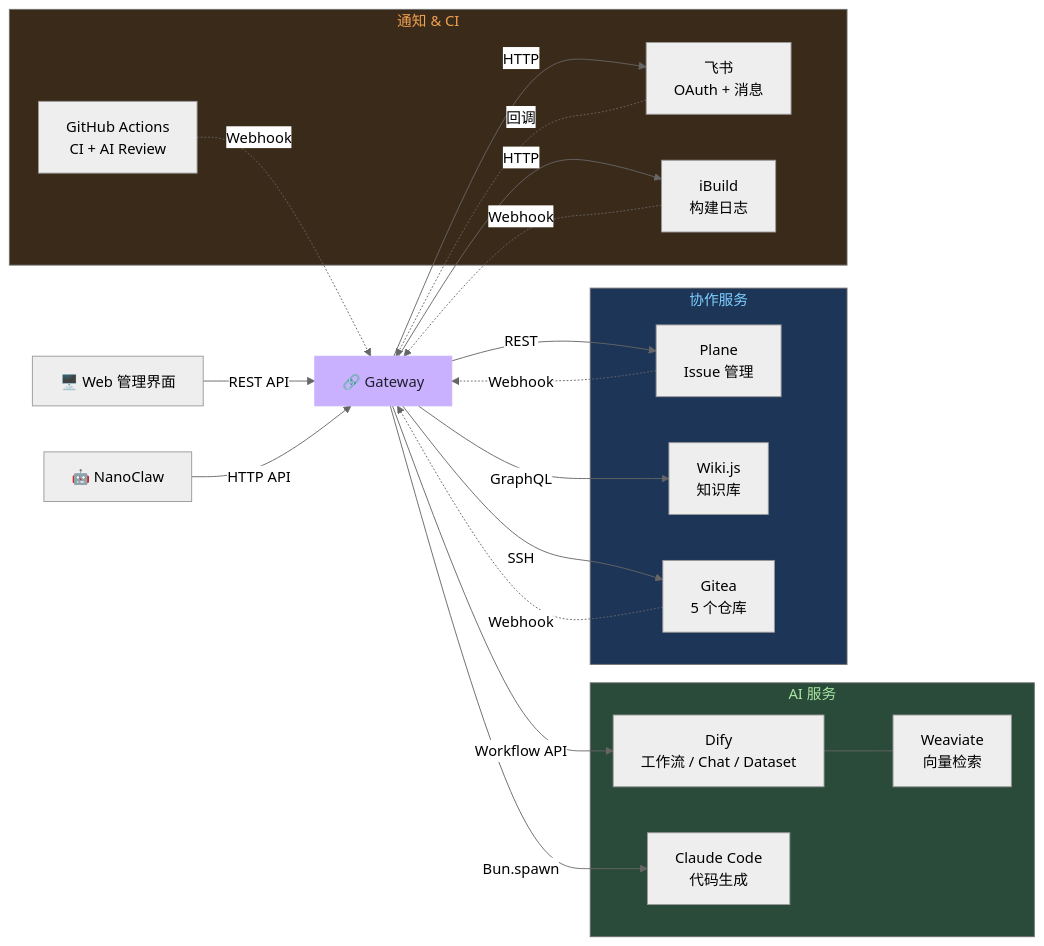
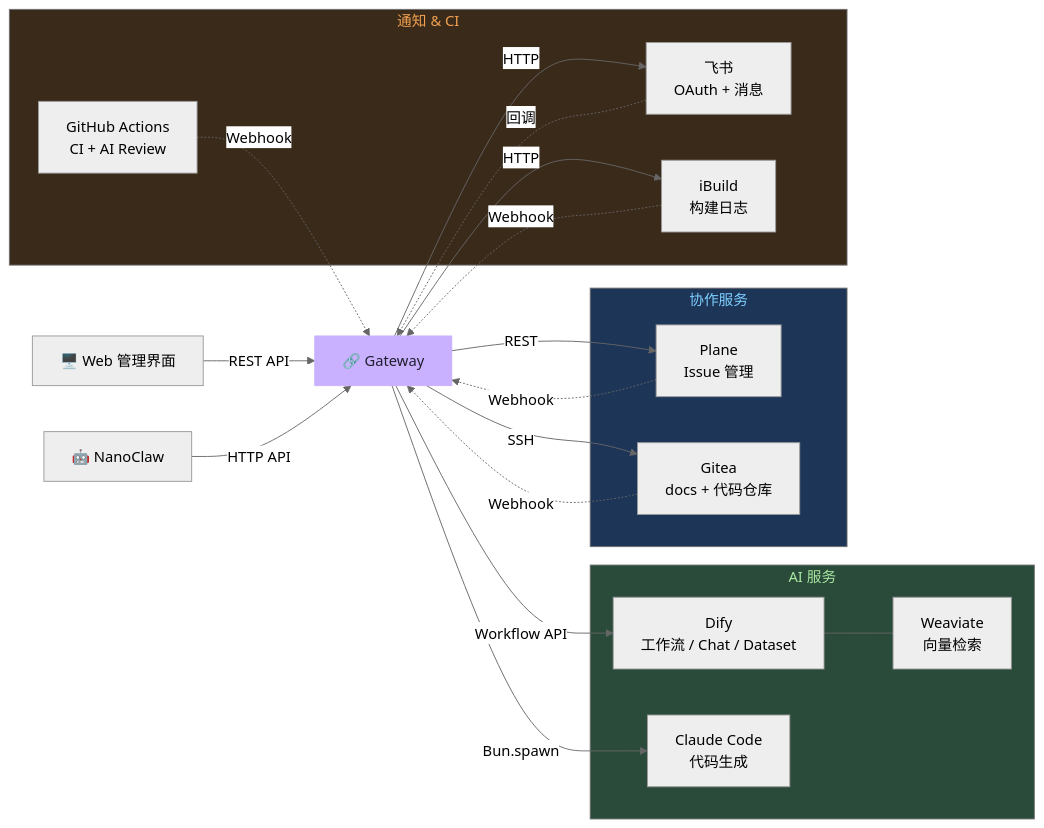
Before and after one commit to ssyamv/ArcFlow: the third of 3 diagrams in README.md, drawn with Mermaid (neutral theme). The commit also changed other lines of this file and 1 other file, not shown here.

````diff
--- a/README.md
+++ b/README.md
@@ -91,45 +91,43 @@
 ```mermaid
 graph LR
     Web["🖥️ Web 管理界面"]
     GW["🔗 Gateway"]
     NC["🤖 NanoClaw"]
 
     subgraph AI["AI 服务"]
         Dify["Dify<br/>工作流 / Chat / Dataset"]
         CC["Claude Code<br/>代码生成"]
         WV["Weaviate<br/>向量检索"]
     end
 
     subgraph Collab["协作服务"]
         Plane["Plane<br/>Issue 管理"]
-        Wiki["Wiki.js<br/>知识库"]
-        Git["Gitea<br/>5 个仓库"]
+        Git["Gitea<br/>docs + 代码仓库"]
     end
 
     subgraph Notify["通知 & CI"]
         FS["飞书<br/>OAuth + 消息"]
         GH["GitHub Actions<br/>CI + AI Review"]
         IB["iBuild<br/>构建日志"]
     end
 
     Web -->|"REST API"| GW
     NC -->|"HTTP API"| GW
     GW -->|"Workflow API"| Dify
     GW -->|"Bun.spawn"| CC
     GW -->|"REST"| Plane
-    GW -->|"GraphQL"| Wiki
     GW -->|"SSH"| Git
     GW -->|"HTTP"| FS
     GW -->|"HTTP"| IB
     Dify --- WV
     Plane -.->|"Webhook"| GW
     Git -.->|"Webhook"| GW
     FS -.->|"回调"| GW
     IB -.->|"Webhook"| GW
     GH -.->|"Webhook"| GW
 
     style GW fill:#c9b1ff,stroke:#c9b1ff,color:#1e1e2e
     style AI fill:#2a4a3a,color:#a8e6a1
     style Collab fill:#1d3557,color:#7ecfff
     style Notify fill:#3a2a1a,color:#f0a050
 ```
````
